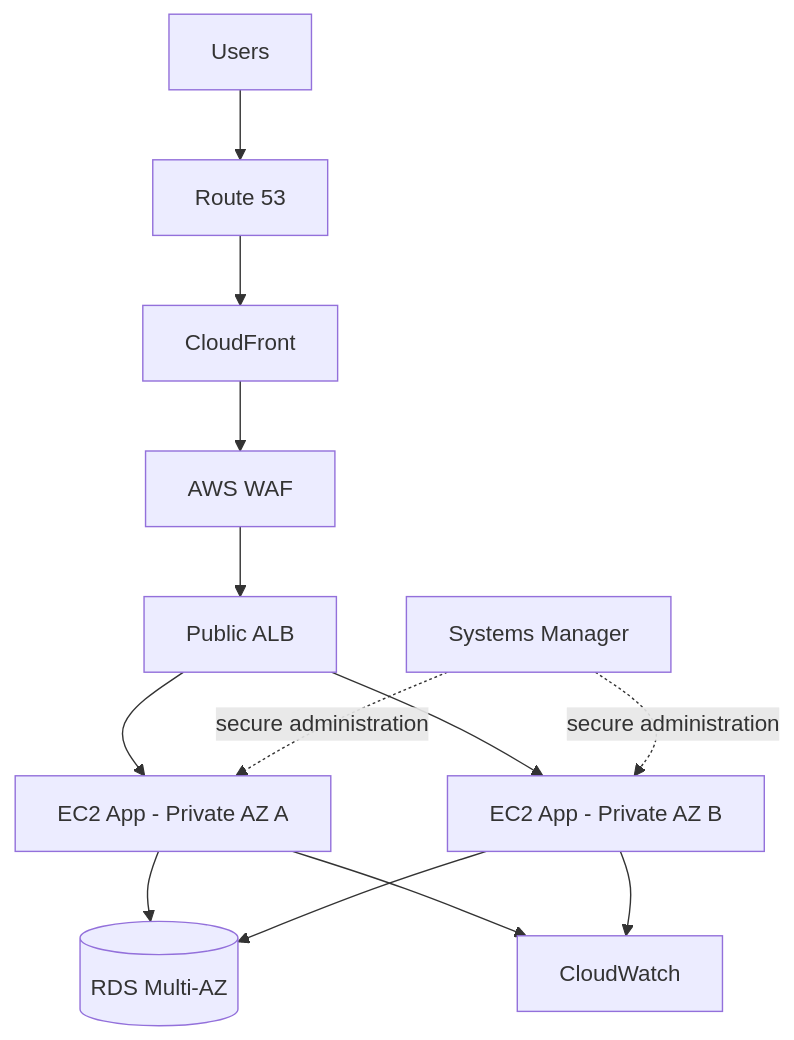
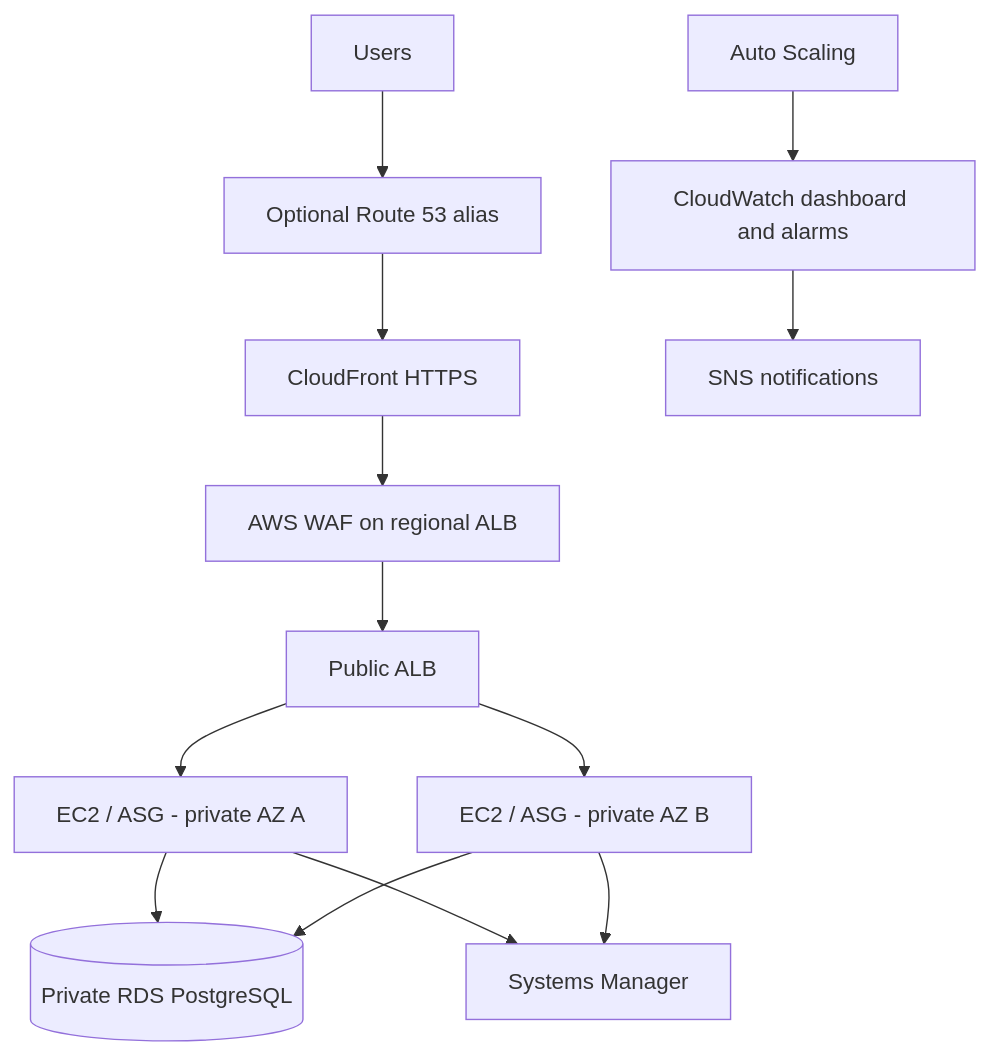
Before and after one commit to SherifOracleDBA/Sherif2022: the diagram in projects/project-01-scalable-webapp/README.md, drawn with Mermaid. The commit also changed other lines of this file, not shown here.

```diff
--- a/projects/project-01-scalable-webapp/README.md
+++ b/projects/project-01-scalable-webapp/README.md
@@ -8,15 +9,15 @@
 ~~~mermaid
 flowchart TD
-    U[Users] --> R53[Route 53]
-    R53 --> CF[CloudFront]
-    CF --> WAF[AWS WAF]
+    U[Users] --> R53[Optional Route 53 alias]
+    R53 --> CF[CloudFront HTTPS]
+    CF --> WAF[AWS WAF on regional ALB]
     WAF --> ALB[Public ALB]
-    ALB --> EC2A[EC2 App - Private AZ A]
-    ALB --> EC2B[EC2 App - Private AZ B]
-    EC2A --> DB[(RDS Multi-AZ)]
-    EC2B --> DB
-    EC2A --> CW[CloudWatch]
-    EC2B --> CW
-    SSM[Systems Manager] -. secure administration .-> EC2A
-    SSM -. secure administration .-> EC2B
+    ALB --> EC2A[EC2 / ASG - private AZ A]
+    ALB --> EC2B[EC2 / ASG - private AZ B]
+    EC2A --> RDS[(Private RDS PostgreSQL)]
+    EC2B --> RDS
+    EC2A --> SSM[Systems Manager]
+    EC2B --> SSM
+    ASG[Auto Scaling] --> CW[CloudWatch dashboard and alarms]
+    CW --> SNS[SNS notifications]
 ~~~
```
